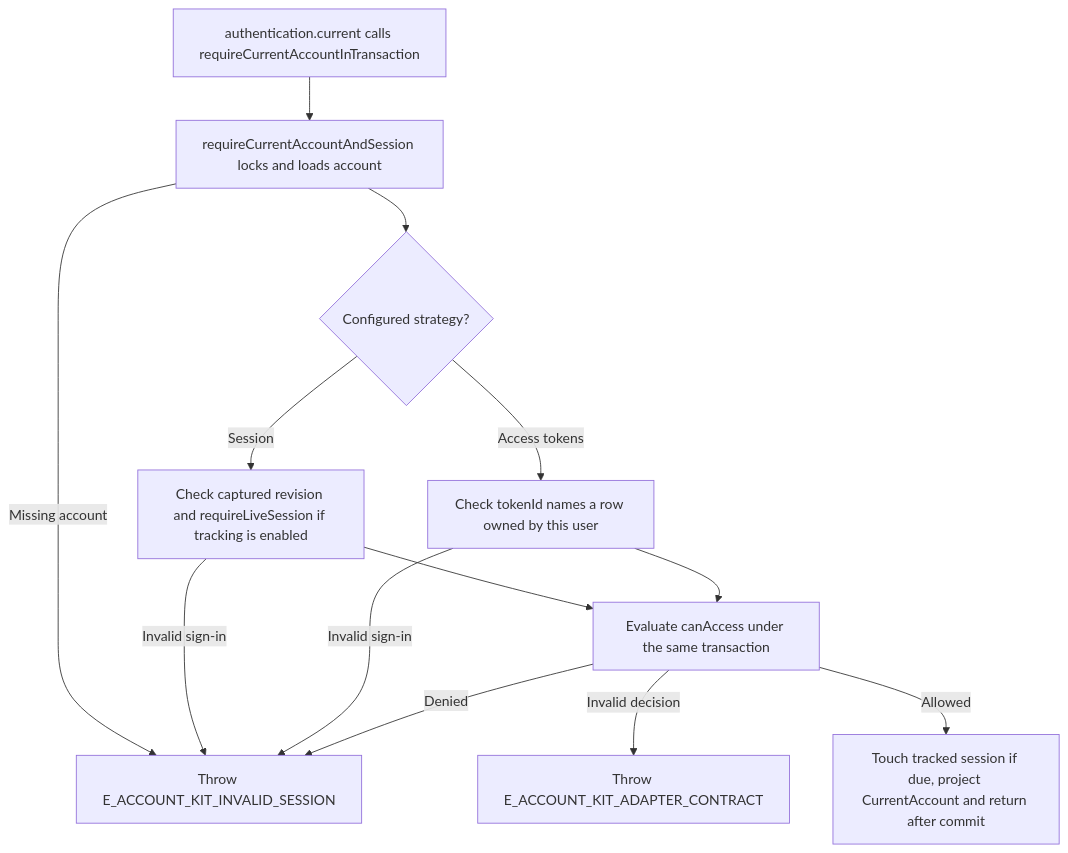
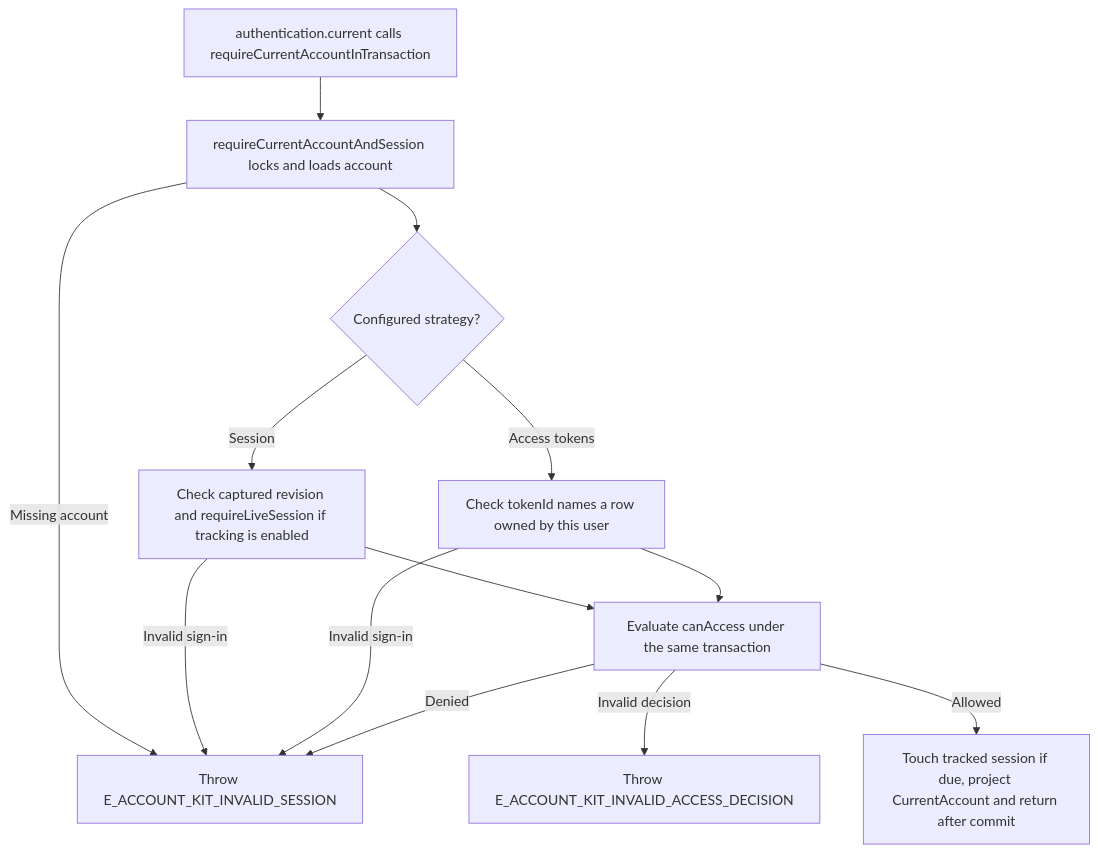
The second of 2 diagrams in user-stories/US-ACCOUNT-39-current-account.md (Kevinjohn/oss-adonisjs-account-kit), drawn with Mermaid before and after one commit. The commit also changed other lines of this file and 16 other files, not shown here.

````diff
--- a/user-stories/US-ACCOUNT-39-current-account.md
+++ b/user-stories/US-ACCOUNT-39-current-account.md
@@ -30,15 +30,15 @@
 ```mermaid
 flowchart TD
  A["authentication.current calls requireCurrentAccountInTransaction"] --> B["requireCurrentAccountAndSession locks and loads account"]
  B --> S{"Configured strategy?"}
  S -->|Session| R["Check captured revision and requireLiveSession if tracking is enabled"]
  S -->|Access tokens| T["Check tokenId names a row owned by this user"]
  R --> P["Evaluate canAccess under the same transaction"]
  T --> P
  B -->|Missing account| D["Throw E_ACCOUNT_KIT_INVALID_SESSION"]
  R -->|Invalid sign-in| D
  T -->|Invalid sign-in| D
  P -->|Denied| D
- P -->|Invalid decision| V["Throw E_ACCOUNT_KIT_ADAPTER_CONTRACT"]
+ P -->|Invalid decision| V["Throw E_ACCOUNT_KIT_INVALID_ACCESS_DECISION"]
  P -->|Allowed| E["Touch tracked session if due, project CurrentAccount and return after commit"]
 ```
````
